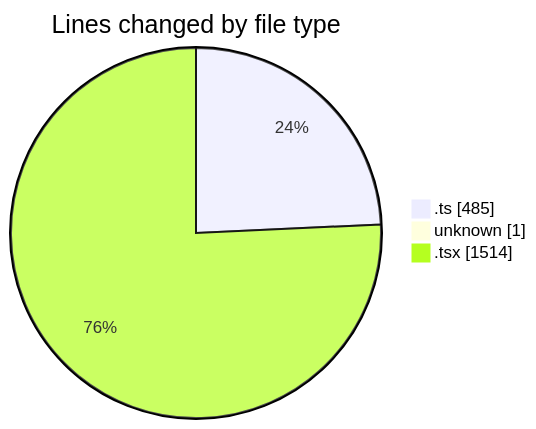
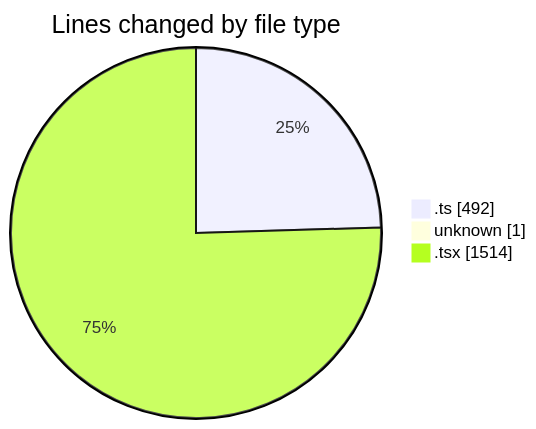
Before and after one commit to robertbonfada/code-tracking: the first of 2 diagrams in 2025-02-17/mbc-web/README.md, drawn with Mermaid. The commit also changed other lines of this file and 1 other file, not shown here.

````diff
--- a/2025-02-17/mbc-web/README.md
+++ b/2025-02-17/mbc-web/README.md
@@ -30,7 +30,7 @@
 ```mermaid
 pie showData
 title Lines changed by file type
-".ts" : 485
+".ts" : 492
 "unknown" : 1
 ".tsx" : 1514
 ```
````
